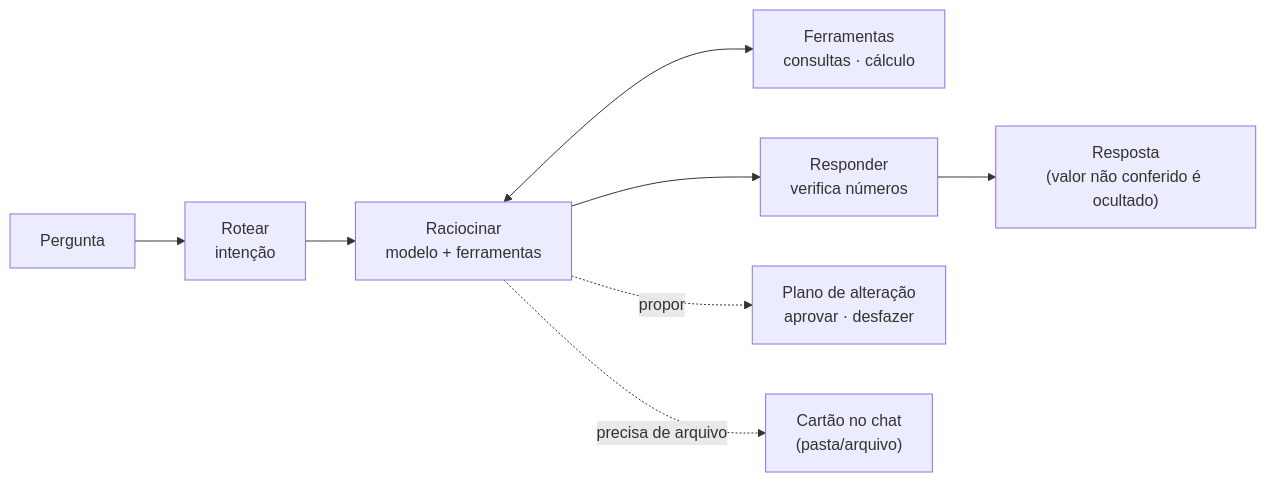
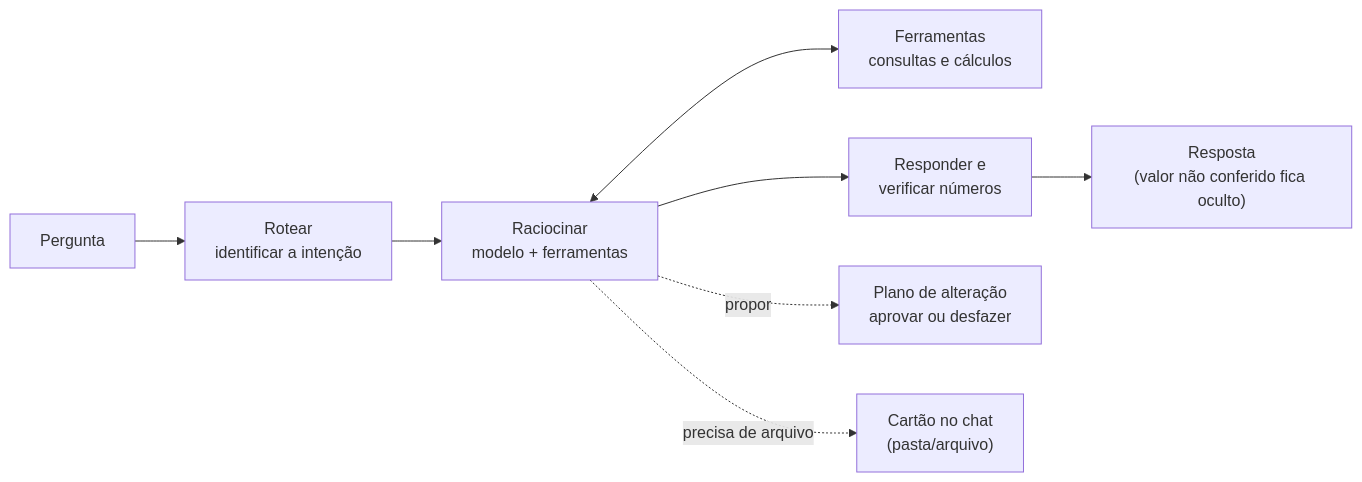
Before and after one commit to maumenvi/assistente-fin: the first of 5 diagrams in README.md, drawn with Mermaid. The commit also changed other lines of this file, not shown here.

Commit message:
docs: revisao de portugues na secao do agente e rotulos do diagrama

````diff
--- a/README.md
+++ b/README.md
@@ -33,10 +33,10 @@
 ```mermaid
 flowchart LR
-  U["Pergunta"] --> R["Rotear<br/>intenção"]
+  U["Pergunta"] --> R["Rotear<br/>identificar a intenção"]
   R --> RE["Raciocinar<br/>modelo + ferramentas"]
-  RE <--> T["Ferramentas<br/>consultas · cálculo"]
-  RE --> A["Responder<br/>verifica números"]
-  A --> M["Resposta<br/>(valor não conferido é ocultado)"]
-  RE -. propor .-> P["Plano de alteração<br/>aprovar · desfazer"]
+  RE <--> T["Ferramentas<br/>consultas e cálculos"]
+  RE --> A["Responder e<br/>verificar números"]
+  A --> M["Resposta<br/>(valor não conferido fica oculto)"]
+  RE -. propor .-> P["Plano de alteração<br/>aprovar ou desfazer"]
   RE -. precisa de arquivo .-> F["Cartão no chat<br/>(pasta/arquivo)"]
 ```
````
